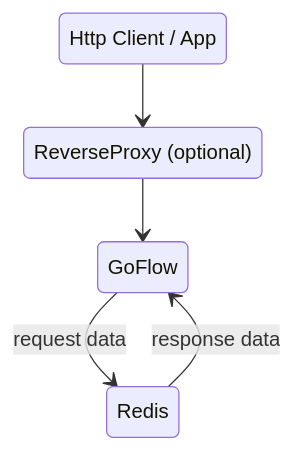
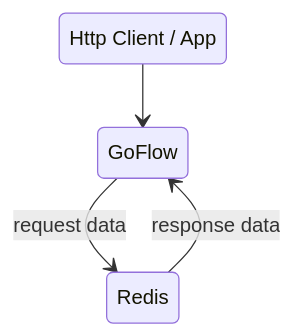
Before and after one commit to doptime/doptime-website: the second of 2 diagrams in docs/data/GoFlow作为数据库框架.mdx, drawn with Mermaid. The commit also changed 11 other files, not shown here.

Commit message:
support mermaid

````diff
--- a/docs/data/GoFlow作为数据库框架.mdx
+++ b/docs/data/GoFlow作为数据库框架.mdx
@@ -23,10 +23,8 @@
 ```mermaid
 stateDiagram-v2
 StateClient: Http Client / App
-ReverseProxy: ReverseProxy (optional)
-StateClient --> ReverseProxy
-ReverseProxy --> GoFlow
+StateClient --> GoFlow
 GoFlow: GoFlow
 GoFlow --> Redis :request data
 Redis --> GoFlow : response data
 ```
````
